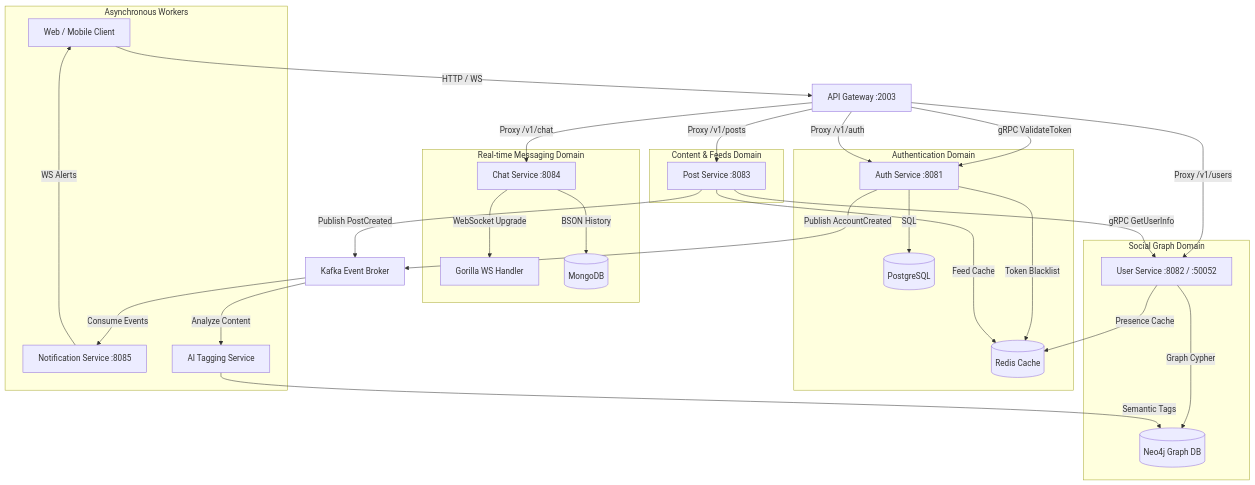
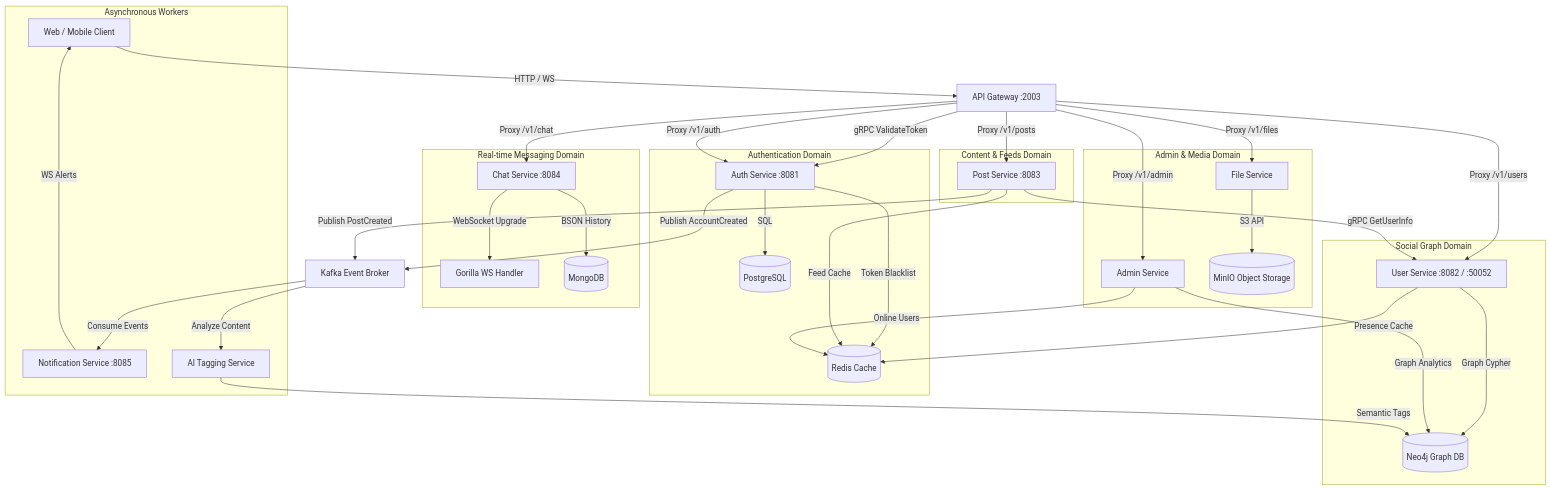
Before and after one commit to thangtranitwork/social-network-micro-services-go: the diagram in README.md, drawn with Mermaid. The commit also changed other lines of this file, not shown here.

Commit message:
feat: initialize project infrastructure, add environment configurations, and scaffold admin-service models

````diff
--- a/README.md
+++ b/README.md
@@ -11,43 +11,51 @@
 ```mermaid
 graph TD
     Client[Web / Mobile Client] -->|HTTP / WS| Gateway[API Gateway :2003]
 
     %% Gateway Routing
     Gateway -->|gRPC ValidateToken| AuthService
     Gateway -->|Proxy /v1/auth| AuthService
     Gateway -->|Proxy /v1/users| UserService
     Gateway -->|Proxy /v1/posts| PostService
     Gateway -->|Proxy /v1/chat| ChatService
+    Gateway -->|Proxy /v1/files| FileService
+    Gateway -->|Proxy /v1/admin| AdminService
 
     %% Microservices & Datastores
     subgraph "Authentication Domain"
         AuthService[Auth Service :8081] -->|SQL| Postgres[(PostgreSQL)]
         AuthService -->|Token Blacklist| Redis[(Redis Cache)]
     end
 
     subgraph "Social Graph Domain"
         UserService[User Service :8082 / :50052] -->|Graph Cypher| Neo4j[(Neo4j Graph DB)]
         UserService -->|Presence Cache| Redis
     end
 
     subgraph "Content & Feeds Domain"
         PostService[Post Service :8083] -->|gRPC GetUserInfo| UserService
         PostService -->|Feed Cache| Redis
     end
 
     subgraph "Real-time Messaging Domain"
         ChatService[Chat Service :8084] -->|WebSocket Upgrade| ChatWS[Gorilla WS Handler]
         ChatService -->|BSON History| Mongo[(MongoDB)]
     end
 
+    subgraph "Admin & Media Domain"
+        FileService[File Service] -->|S3 API| MinIO[(MinIO Object Storage)]
+        AdminService[Admin Service] -->|Graph Analytics| Neo4j
+        AdminService -->|Online Users| Redis
+    end
+
     subgraph "Asynchronous Workers"
         NotificationService[Notification Service :8085] -->|WS Alerts| Client
         AIService[AI Tagging Service] -->|Semantic Tags| Neo4j
     end
 
     %% Event-Driven Pipeline
     AuthService -->|Publish AccountCreated| Kafka[Kafka Event Broker]
     Kafka -->|Consume Events| NotificationService
     PostService -->|Publish PostCreated| Kafka
     Kafka -->|Analyze Content| AIService
 ```
````
